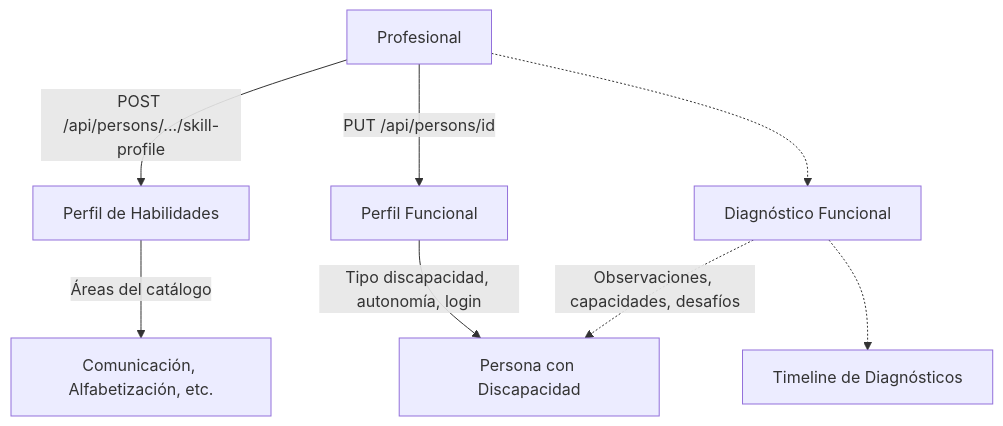
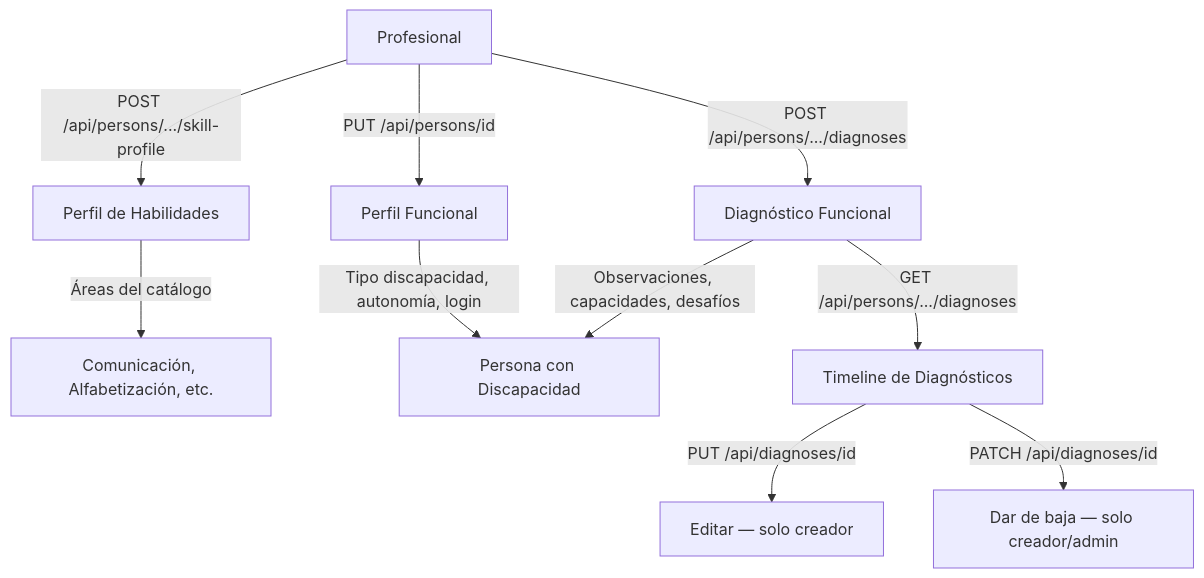
The diagram in Process/09-evaluacion-diagnostico.md (Sacha-html/InclusiON), drawn with Mermaid before and after one commit. The commit also changed other lines of this file and 4 other files, not shown here.

Commit message:
feat: update roadmap and reports documentation; enhance activity management process with new templates and semantic search capabilities

````diff
--- a/Process/09-evaluacion-diagnostico.md
+++ b/Process/09-evaluacion-diagnostico.md
@@ -38,13 +40,14 @@
 ```mermaid
 flowchart TD
     PROF[Profesional] -->|POST /api/persons/.../skill-profile| SP[Perfil de Habilidades]
     SP -->|Áreas del catálogo| AREAS[Comunicación, Alfabetización, etc.]
 
     PROF -->|PUT /api/persons/id| PF[Perfil Funcional]
     PF -->|Tipo discapacidad, autonomía, login| PCD[Persona con Discapacidad]
 
-    PROF -.-> DIAG[Diagnóstico Funcional]
-    DIAG -.->|Observaciones, capacidades, desafíos| PCD
-    DIAG -.-> TIMELINE[Timeline de Diagnósticos]
-
+    PROF -->|POST /api/persons/.../diagnoses| DIAG[Diagnóstico Funcional]
+    DIAG -->|Observaciones, capacidades, desafíos| PCD
+    DIAG -->|GET /api/persons/.../diagnoses| TIMELINE[Timeline de Diagnósticos]
+    TIMELINE -->|PUT /api/diagnoses/id| EDIT[Editar — solo creador]
+    TIMELINE -->|PATCH /api/diagnoses/id| BAJA[Dar de baja — solo creador/admin]
 ```
````
